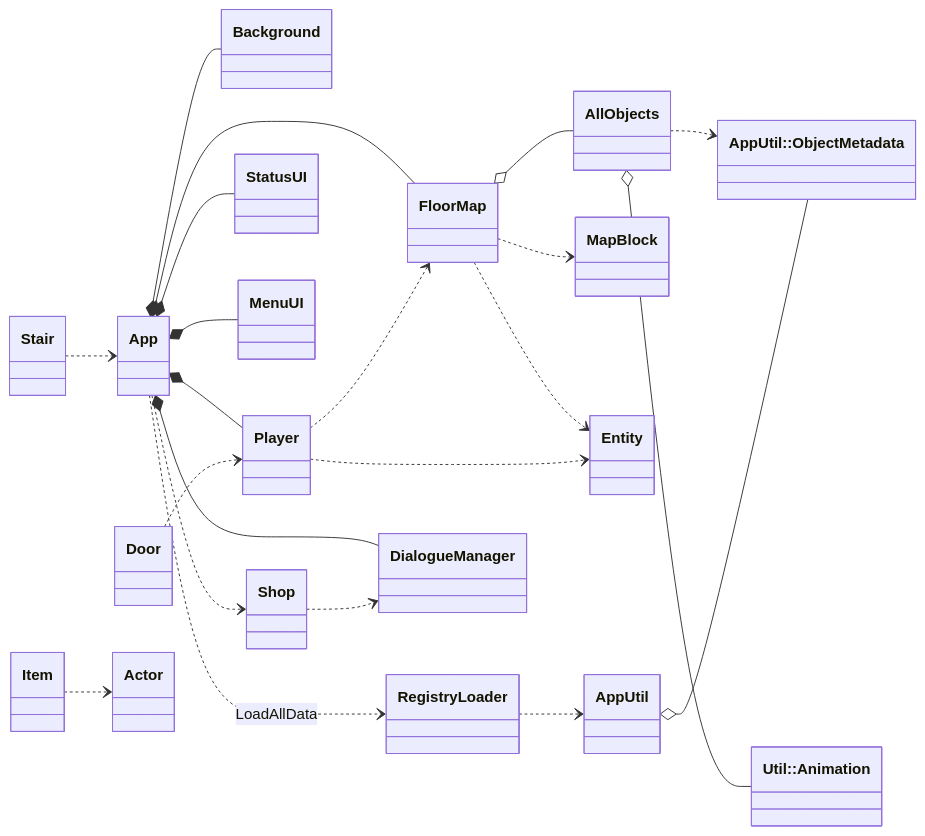
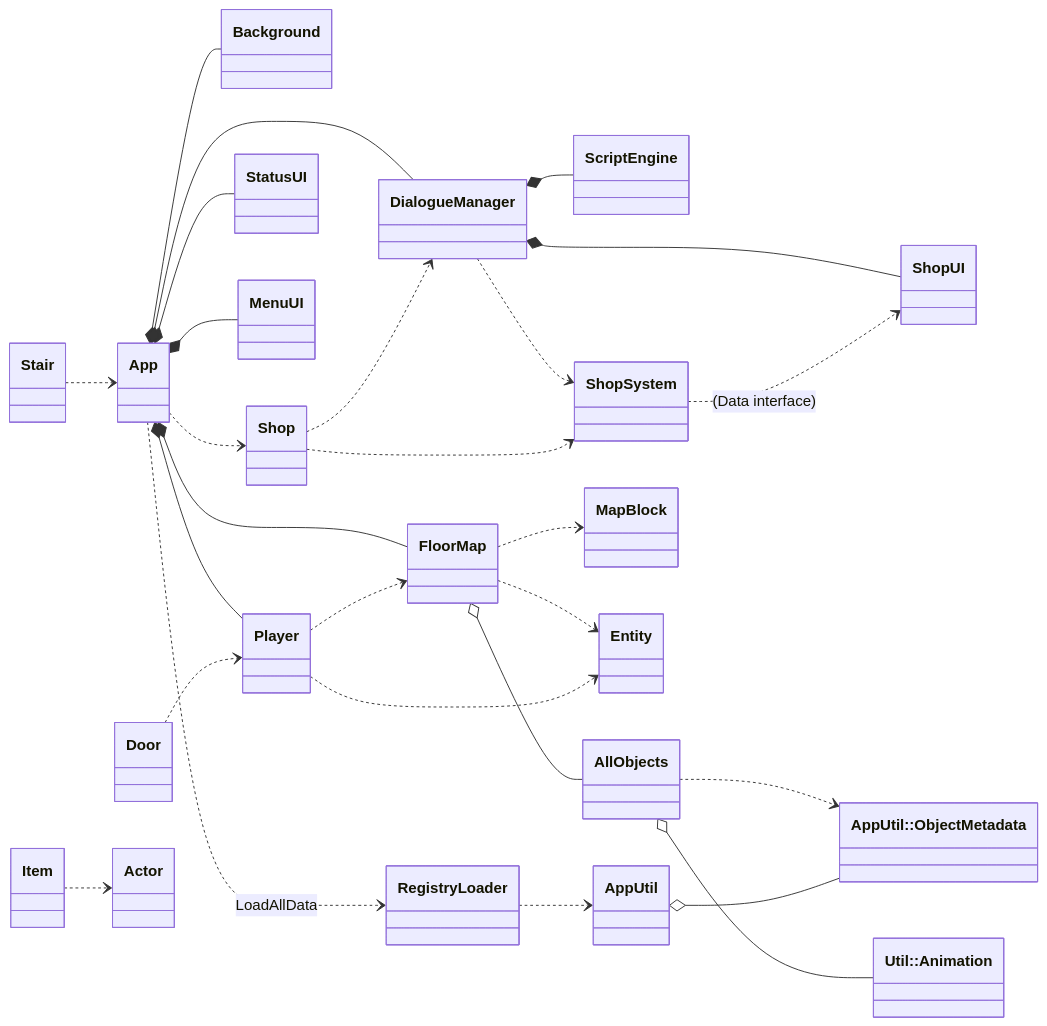
The fourth of 4 diagrams in Constructure.md (XWJWPIY/schoolwork_recreate_magic_tower), drawn with Mermaid before and after one commit. The commit also changed other lines of this file and 5 other files, not shown here.

Commit message:
refactor: extract ShopUI component for cleaner dialogue system

````diff
--- a/Constructure.md
+++ b/Constructure.md
@@ -387,32 +437,37 @@
 ```mermaid
 classDiagram
     direction LR
     class Animation["Util::Animation"]
     class ObjectMetadata["AppUtil::ObjectMetadata"]
 
     App ..> RegistryLoader : LoadAllData
     App *-- Background
     App *-- FloorMap
     App *-- Player
     App *-- StatusUI
     App *-- MenuUI
     App *-- DialogueManager
     App ..> Shop
+    DialogueManager *-- ScriptEngine
+    DialogueManager *-- ShopUI
+    DialogueManager ..> ShopSystem
+    ShopSystem ..> ShopUI : (Data interface)
+    Shop ..> ShopSystem
 
     FloorMap o-- AllObjects
     FloorMap ..> MapBlock
     FloorMap ..> Entity
 
     AllObjects o-- Animation
     AllObjects ..> ObjectMetadata
 
     Player ..> FloorMap
     Player ..> Entity
     Shop ..> DialogueManager
     Door ..> Player
     Item ..> Actor
     Stair ..> App
 
     RegistryLoader ..> AppUtil
     AppUtil o-- ObjectMetadata
 ```
````
